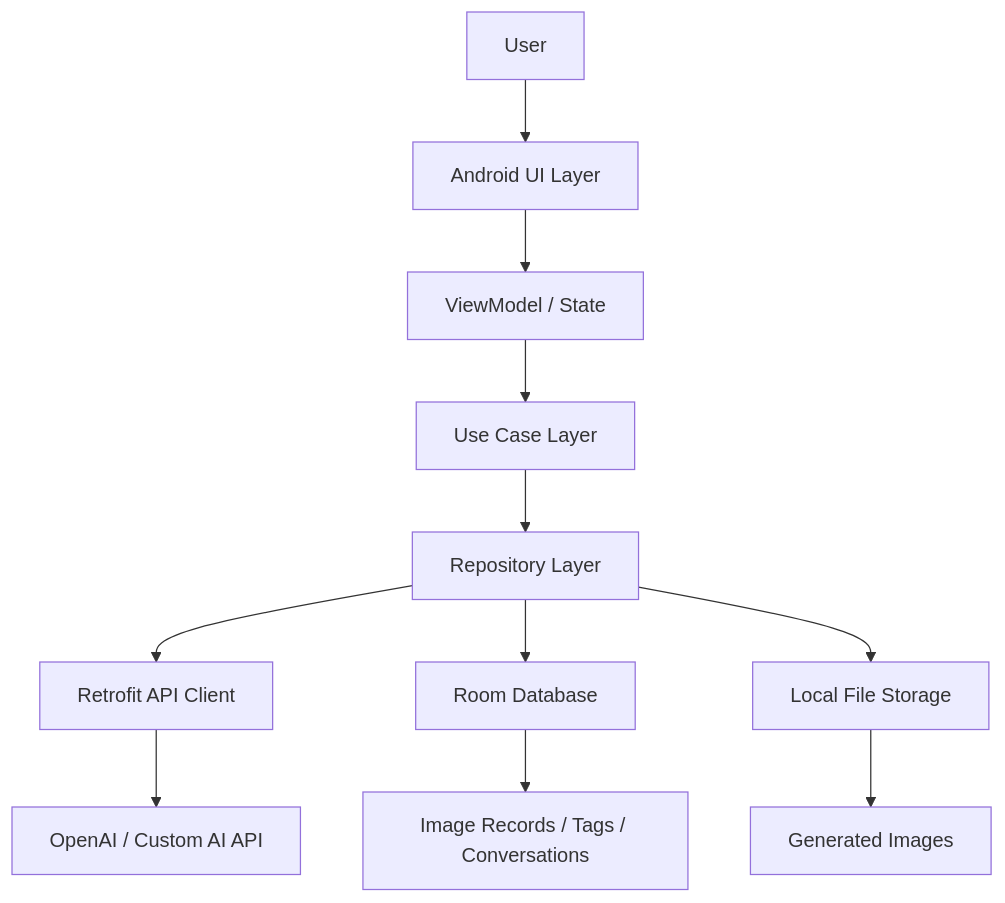
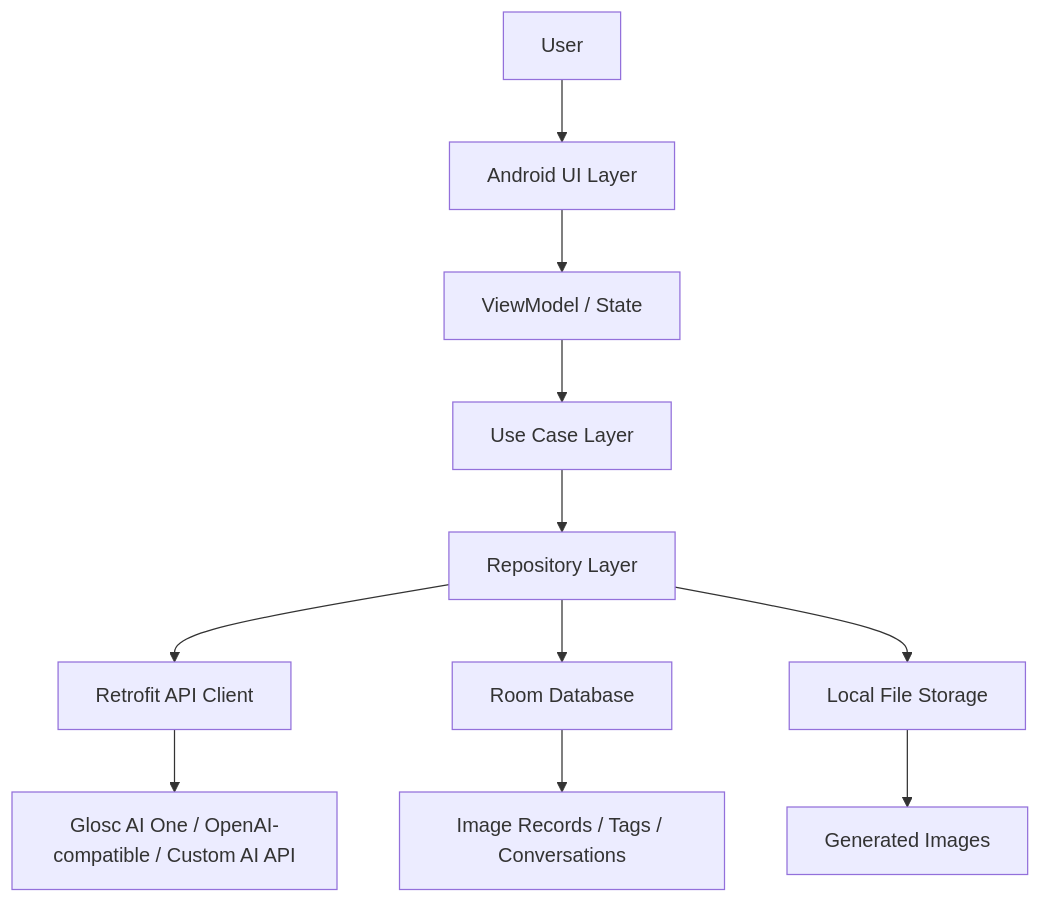
The first of 2 diagrams in docs/设计文档.md (glosc-ai/Glosc-Images), drawn with Mermaid before and after one commit. The commit also changed other lines of this file and 32 other files, not shown here.

````diff
--- a/docs/设计文档.md
+++ b/docs/设计文档.md
@@ -26,13 +26,13 @@
 ```mermaid
 flowchart TD
     U[User] --> UI[Android UI Layer]
     UI --> VM[ViewModel / State]
     VM --> UC[Use Case Layer]
     UC --> Repo[Repository Layer]
     Repo --> Net[Retrofit API Client]
     Repo --> DB[Room Database]
     Repo --> Store[Local File Storage]
-    Net --> AI[OpenAI / Custom AI API]
+    Net --> AI[Glosc AI One / OpenAI-compatible / Custom AI API]
     DB --> LocalData[Image Records / Tags / Conversations]
     Store --> Files[Generated Images]
 ```
````
